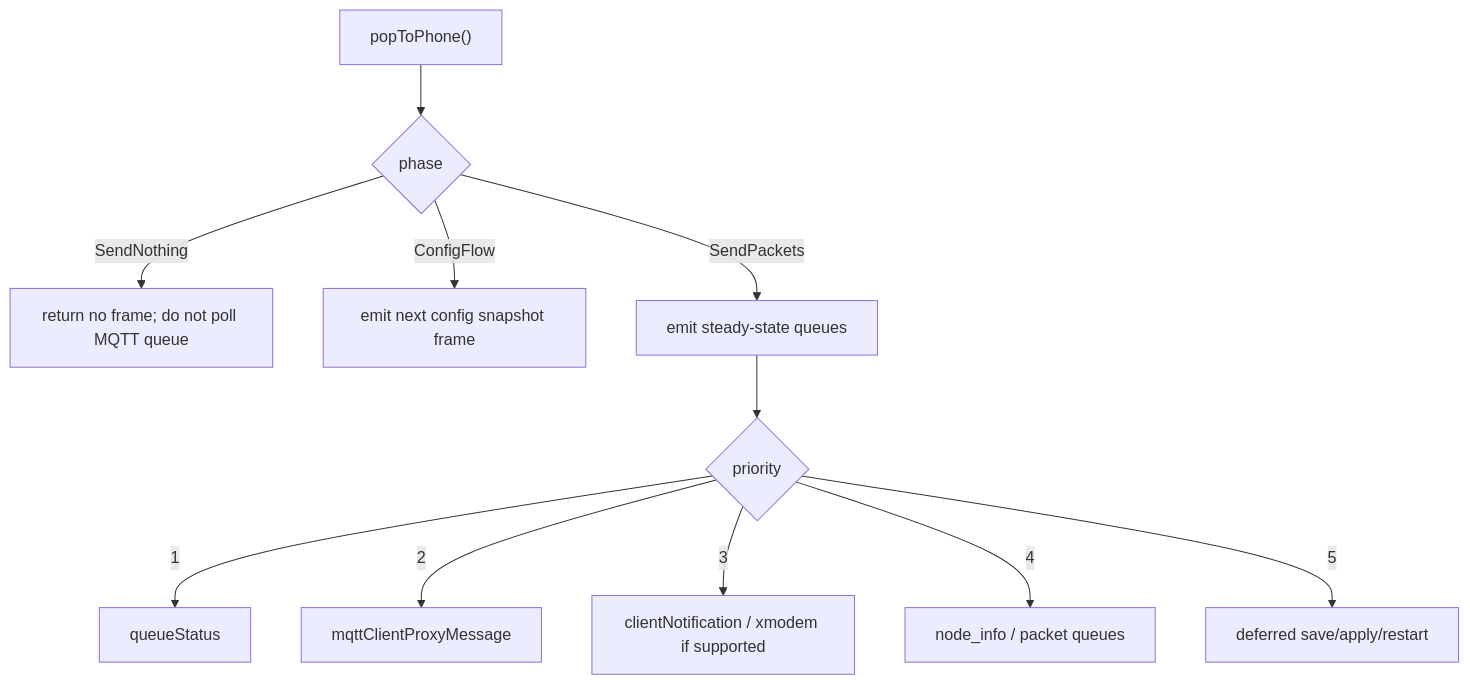
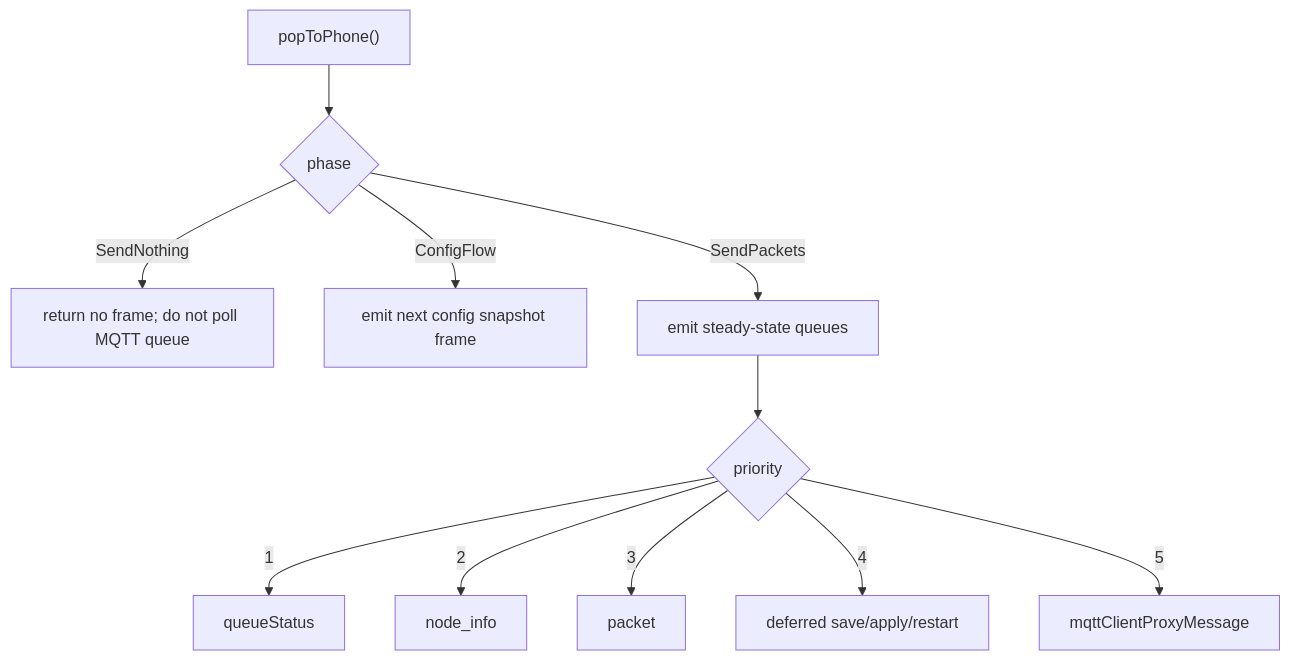
The eighth of 17 diagrams in docs/specification/MESHTASTIC_ANDROID_BLE_CONNECTION_SPEC.md (manmuqingshan/trail-mate), drawn with Mermaid before and after one commit. The commit also changed other lines of this file and 5 other files, not shown here.

Commit message:
Fix nRF BLE phone connection flow

````diff
--- a/docs/specification/MESHTASTIC_ANDROID_BLE_CONNECTION_SPEC.md
+++ b/docs/specification/MESHTASTIC_ANDROID_BLE_CONNECTION_SPEC.md
@@ -466,13 +476,13 @@
 ```mermaid
 flowchart TD
     A["popToPhone()"] --> B{"phase"}
     B -->|SendNothing| C["return no frame; do not poll MQTT queue"]
     B -->|ConfigFlow| D["emit next config snapshot frame"]
     B -->|SendPackets| F["emit steady-state queues"]
     F --> G{"priority"}
     G -->|1| H["queueStatus"]
-    G -->|2| I["mqttClientProxyMessage"]
-    G -->|3| J["clientNotification / xmodem if supported"]
-    G -->|4| K["node_info / packet queues"]
-    G -->|5| L["deferred save/apply/restart"]
+    G -->|2| I["node_info"]
+    G -->|3| J["packet"]
+    G -->|4| K["deferred save/apply/restart"]
+    G -->|5| L["mqttClientProxyMessage"]
 ```
````
